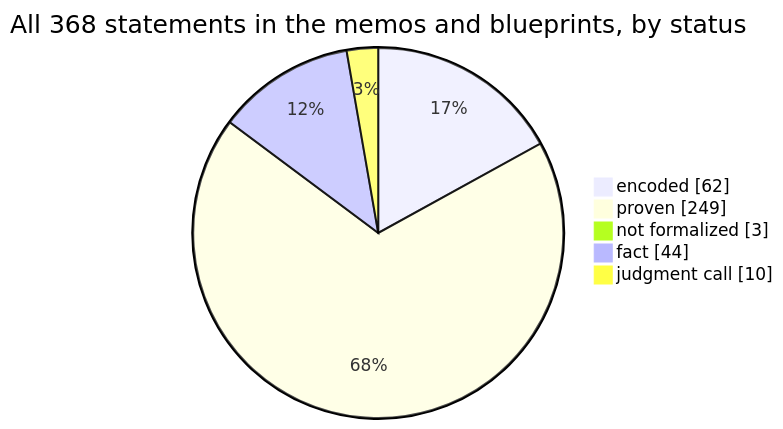
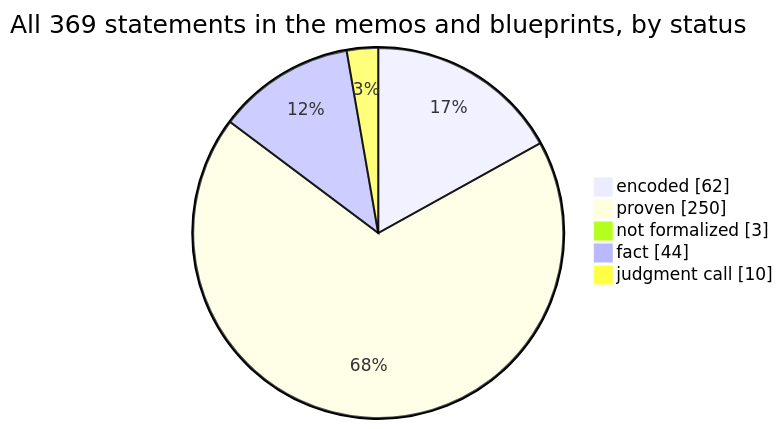
The first of 4 diagrams in docs/graphs/dashboard.md (SeanWMurray/Canteen), drawn with Mermaid before and after one commit. The commit also changed other lines of this file and 14 other files, not shown here.

````diff
--- a/docs/graphs/dashboard.md
+++ b/docs/graphs/dashboard.md
@@ -11,8 +11,8 @@
 ```mermaid
-pie showData title All 368 statements in the memos and blueprints, by status
+pie showData title All 369 statements in the memos and blueprints, by status
     "encoded" : 62
-    "proven" : 249
+    "proven" : 250
     "not formalized" : 3
     "fact" : 44
     "judgment call" : 10
 ```
````
